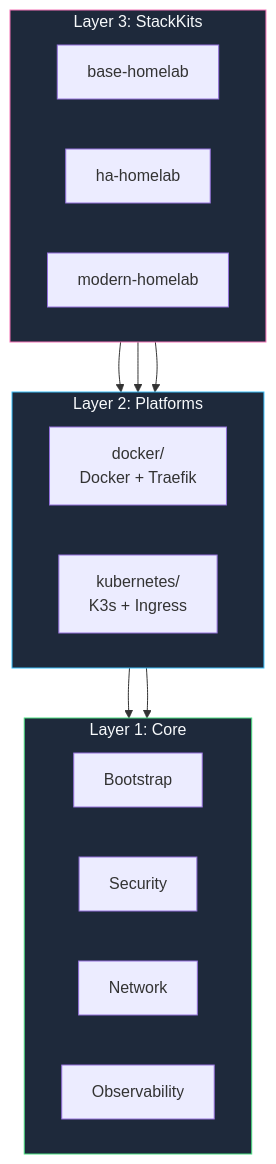
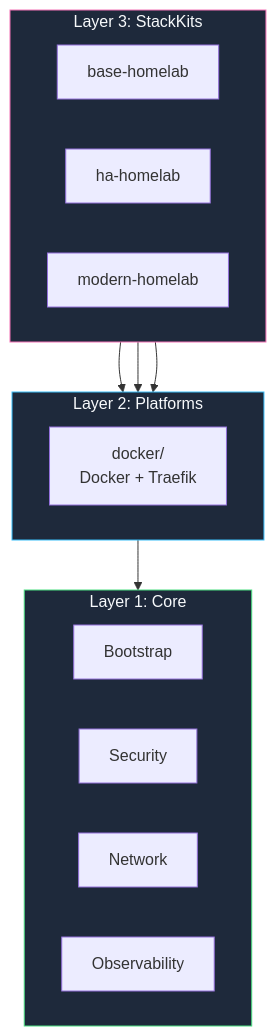
One commit to KombiverseLabs/docs changed the second of 5 diagrams in concepts/stackkits.mdx. Above: the diagram before and after it, drawn with Mermaid. The commit also changed other lines of this file and 35 other files, not shown here.

````diff
--- a/concepts/stackkits.mdx
+++ b/concepts/stackkits.mdx
@@ -107,34 +107,32 @@
 ```mermaid
 graph TB
     subgraph Layer3["Layer 3: StackKits"]
         direction LR
         Base["base-homelab"]
         HA["ha-homelab"]
         Modern["modern-homelab"]
     end
 
     subgraph Layer2["Layer 2: Platforms"]
         direction LR
         Docker["docker/<br/>Docker + Traefik"]
-        K8s["kubernetes/<br/>K3s + Ingress"]
     end
 
     subgraph Layer1["Layer 1: Core"]
         direction LR
         Boot["Bootstrap"]
         Sec["Security"]
         Net["Network"]
         Obs["Observability"]
     end
 
     Base --> Docker
     HA --> Docker
-    Modern --> K8s
+    Modern --> Docker
     
     Docker --> Layer1
-    K8s --> Layer1
 
     style Layer3 fill:#1e293b,stroke:#f472b6,color:#f8fafc
     style Layer2 fill:#1e293b,stroke:#38bdf8,color:#f8fafc
     style Layer1 fill:#1e293b,stroke:#4ade80,color:#f8fafc
 ```
````
